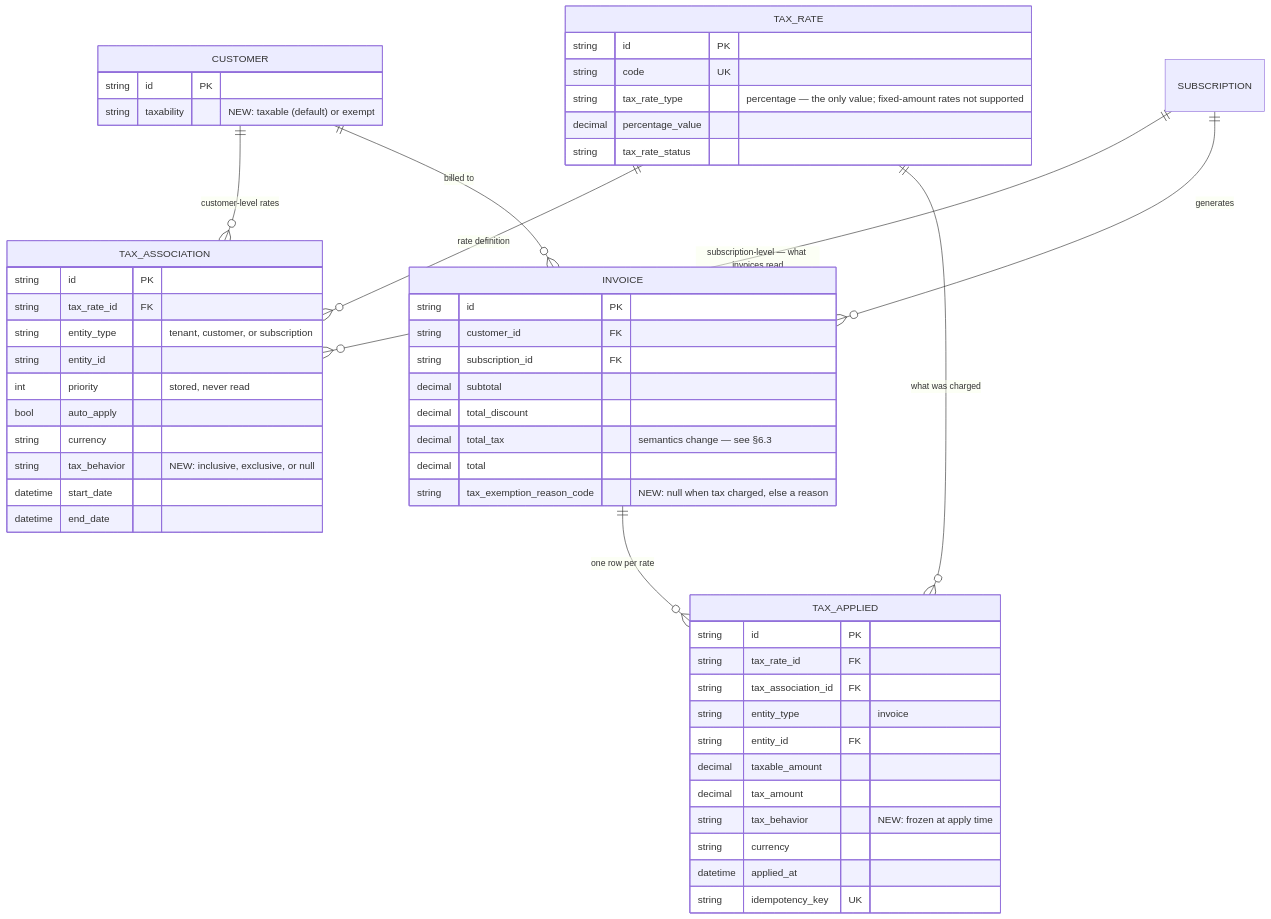
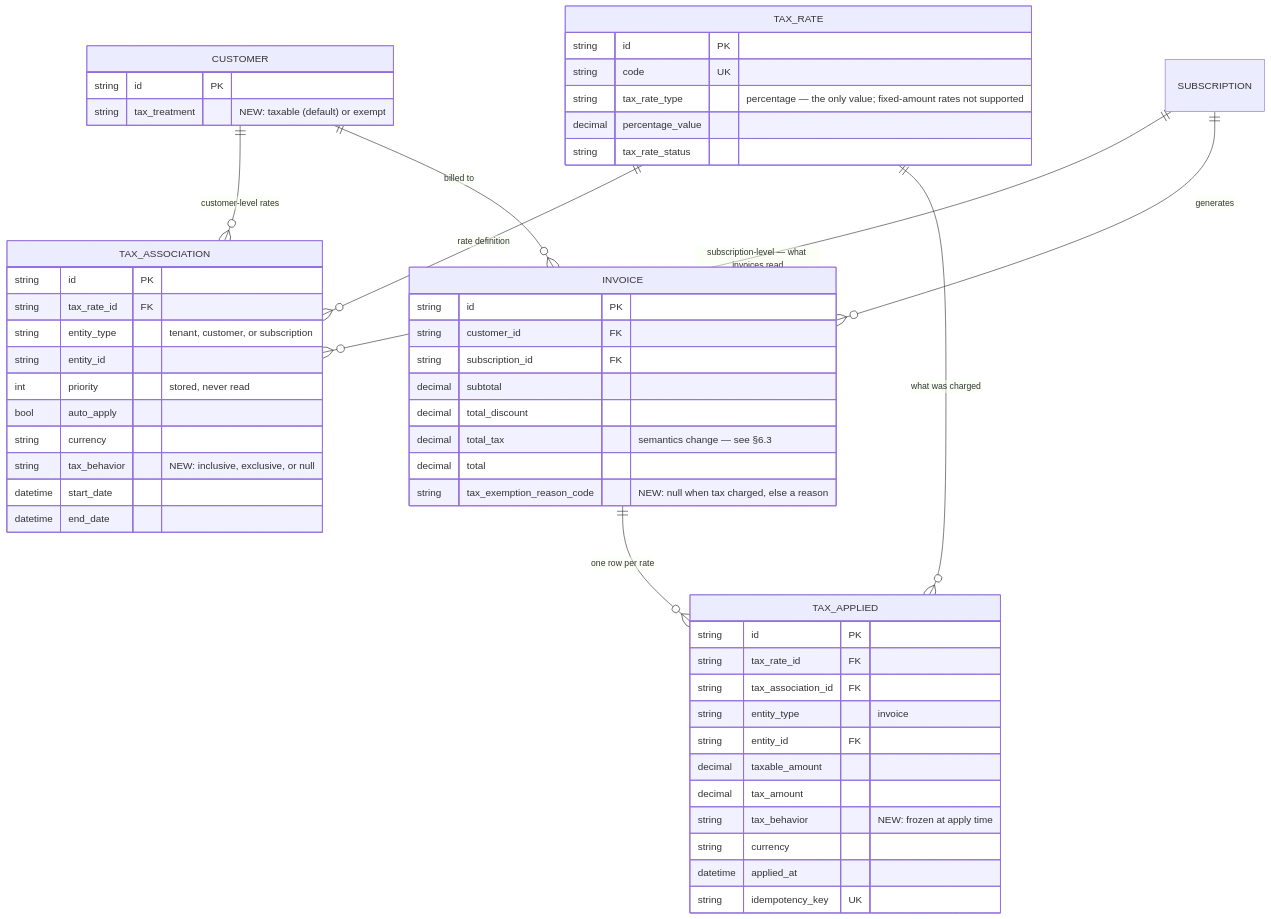
The first of 4 diagrams in docs/design/2026-08-17-FLE-1187-taxation-lineitem-inclusive.md (subratsahilgupta/flexprice), drawn with Mermaid before and after one commit. The commit also changed other lines of this file and 19 other files, not shown here.

Commit message:
refactor(customer): rename taxability to tax_treatment across the codebase, updating related methods, validation, and database schema

````diff
--- a/docs/design/2026-08-17-FLE-1187-taxation-lineitem-inclusive.md
+++ b/docs/design/2026-08-17-FLE-1187-taxation-lineitem-inclusive.md
@@ -64,61 +64,61 @@
 ```mermaid
 erDiagram
     CUSTOMER ||--o{ TAX_ASSOCIATION : "customer-level rates"
     CUSTOMER ||--o{ INVOICE : "billed to"
     SUBSCRIPTION ||--o{ TAX_ASSOCIATION : "subscription-level — what invoices read"
     SUBSCRIPTION ||--o{ INVOICE : generates
     TAX_RATE ||--o{ TAX_ASSOCIATION : "rate definition"
     TAX_RATE ||--o{ TAX_APPLIED : "what was charged"
     INVOICE ||--o{ TAX_APPLIED : "one row per rate"
 
     CUSTOMER {
         string id PK
-        string taxability "NEW: taxable (default) or exempt"
+        string tax_treatment "NEW: taxable (default) or exempt"
     }
 
     TAX_RATE {
         string id PK
         string code UK
         string tax_rate_type "percentage — the only value; fixed-amount rates not supported"
         decimal percentage_value
         string tax_rate_status
     }
 
     TAX_ASSOCIATION {
         string id PK
         string tax_rate_id FK
         string entity_type "tenant, customer, or subscription"
         string entity_id
         int priority "stored, never read"
         bool auto_apply
         string currency
         string tax_behavior "NEW: inclusive, exclusive, or null"
         datetime start_date
         datetime end_date
     }
 
     INVOICE {
         string id PK
         string customer_id FK
         string subscription_id FK
         decimal subtotal
         decimal total_discount
         decimal total_tax "semantics change — see §6.3"
         decimal total
         string tax_exemption_reason_code "NEW: null when tax charged, else a reason"
     }
 
     TAX_APPLIED {
         string id PK
         string tax_rate_id FK
         string tax_association_id FK
         string entity_type "invoice"
         string entity_id FK
         decimal taxable_amount
         decimal tax_amount
         string tax_behavior "NEW: frozen at apply time"
         string currency
         datetime applied_at
         string idempotency_key UK
     }
 ```
````
